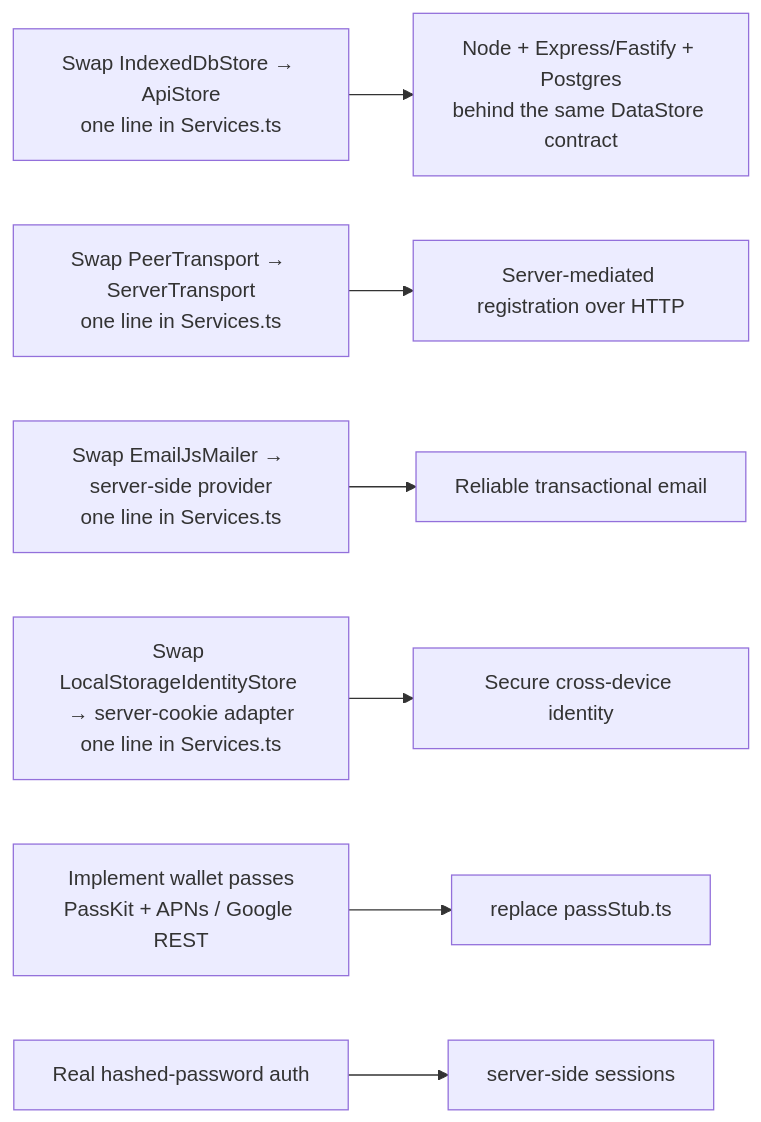
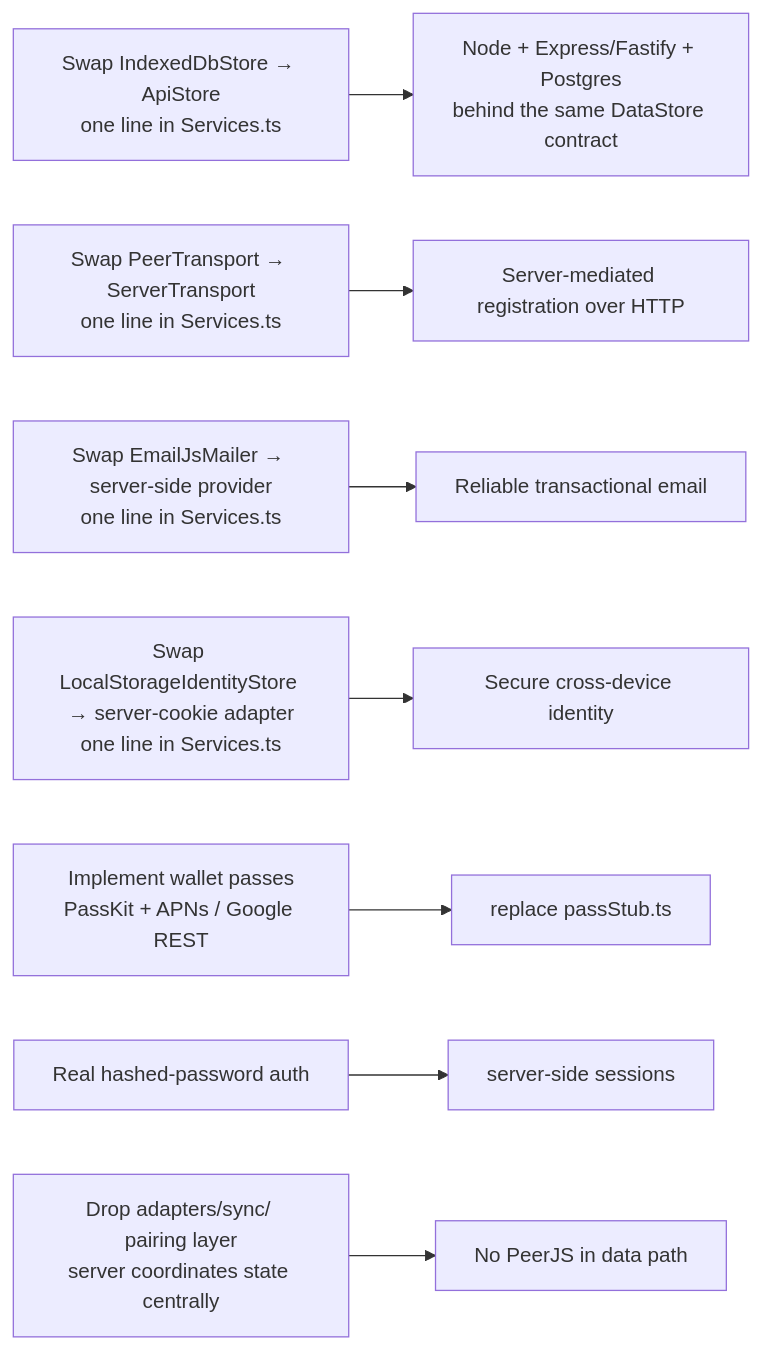
One commit to misch0n/loyalty-system changed the sixth of 6 diagrams in README.md. Above: the diagram before and after it, drawn with Mermaid. The commit also changed other lines of this file and 2 other files, not shown here.

First line of the commit message:
docs: document prototype device pairing (server stand-in) layer

````diff
--- a/README.md
+++ b/README.md
@@ -353,9 +390,10 @@
 ```mermaid
 flowchart LR
     A[Swap IndexedDbStore → ApiStore<br/>one line in Services.ts] --> B[Node + Express/Fastify + Postgres<br/>behind the same DataStore contract]
     C[Swap PeerTransport → ServerTransport<br/>one line in Services.ts] --> D[Server-mediated registration over HTTP]
     E[Swap EmailJsMailer → server-side provider<br/>one line in Services.ts] --> F[Reliable transactional email]
     G[Swap LocalStorageIdentityStore → server-cookie adapter<br/>one line in Services.ts] --> H[Secure cross-device identity]
     I[Implement wallet passes<br/>PassKit + APNs / Google REST] --> J[replace passStub.ts]
     K[Real hashed-password auth] --> L[server-side sessions]
+    M[Drop adapters/sync/ pairing layer<br/>server coordinates state centrally] --> N[No PeerJS in data path]
 ```
````
